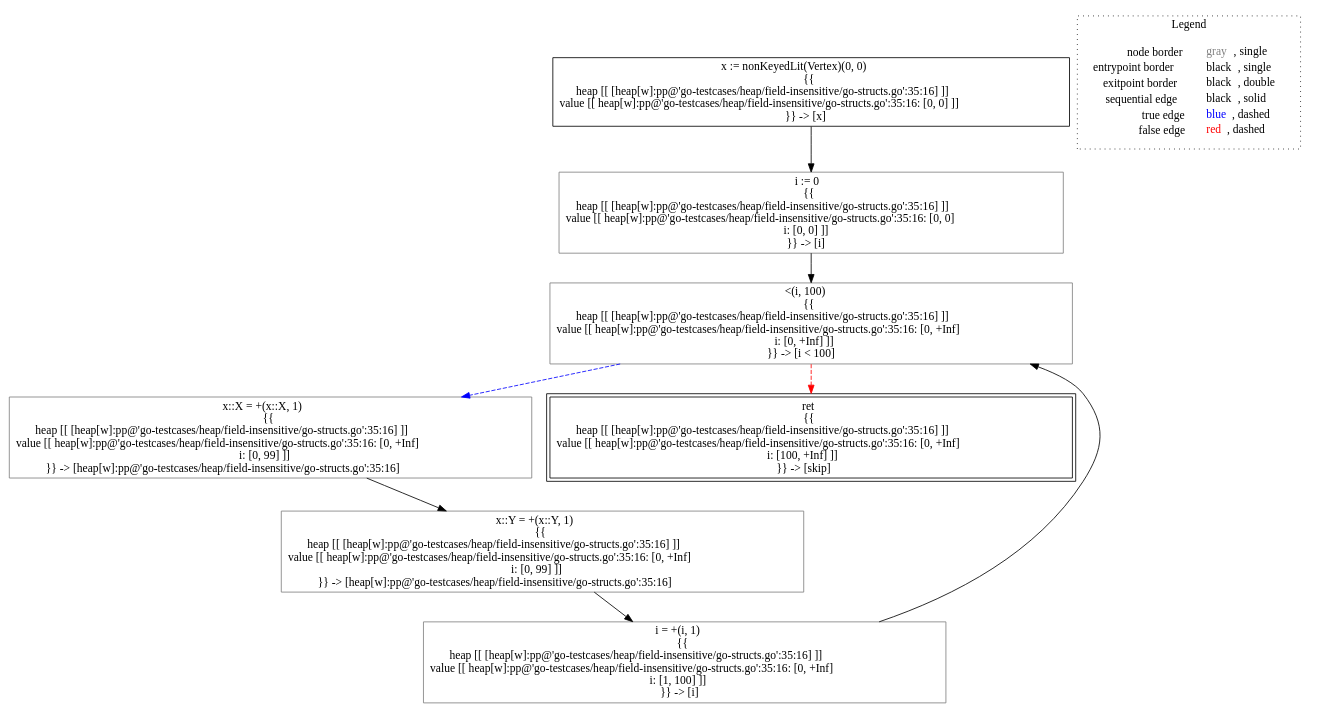
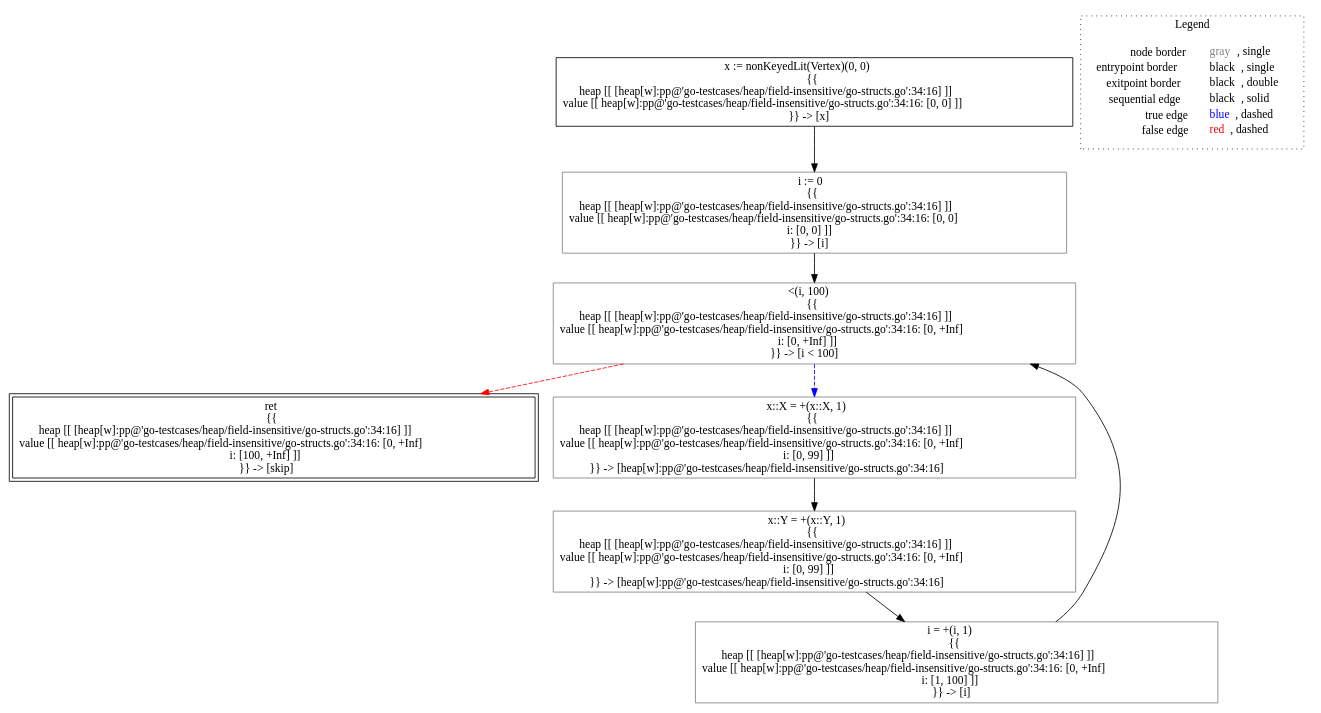
One commit to lisa-analyzer/go-lisa changed the diagram in go-lisa/go-testcases/heap/field-insensitive/analysis___untyped_~LiSAProgram.forAlloc().dot. Above: the diagram before and after it, drawn with Graphviz. The commit also changed 6 other files, not shown here.

```diff
--- a/go-lisa/go-testcases/heap/field-insensitive/analysis___untyped_~LiSAProgram.forAlloc().dot
+++ b/go-lisa/go-testcases/heap/field-insensitive/analysis___untyped_~LiSAProgram.forAlloc().dot
@@ -1,23 +1,23 @@
 digraph {
-	"node0" [shape="rect",color="black",label=<x := nonKeyedLit(Vertex)(0, 0)<BR/>{{<BR/>heap [[ [heap[w]:pp@'go-testcases/heap/field-insensitive/go-structs.go':35:16] ]]<BR/>value [[ heap[w]:pp@'go-testcases/heap/field-insensitive/go-structs.go':35:16: [0, 0] ]]<BR/>}} -&gt; [x]>];
-	"node1" [shape="rect",color="gray",label=<i := 0<BR/>{{<BR/>heap [[ [heap[w]:pp@'go-testcases/heap/field-insensitive/go-structs.go':35:16] ]]<BR/>value [[ heap[w]:pp@'go-testcases/heap/field-insensitive/go-structs.go':35:16: [0, 0]<BR/>i: [0, 0] ]]<BR/>}} -&gt; [i]>];
-	"node2" [shape="rect",color="gray",label=<x::Y = +(x::Y, 1)<BR/>{{<BR/>heap [[ [heap[w]:pp@'go-testcases/heap/field-insensitive/go-structs.go':35:16] ]]<BR/>value [[ heap[w]:pp@'go-testcases/heap/field-insensitive/go-structs.go':35:16: [0, +Inf]<BR/>i: [0, 99] ]]<BR/>}} -&gt; [heap[w]:pp@'go-testcases/heap/field-insensitive/go-structs.go':35:16]>];
-	"node3" [shape="rect",color="gray",label=<x::X = +(x::X, 1)<BR/>{{<BR/>heap [[ [heap[w]:pp@'go-testcases/heap/field-insensitive/go-structs.go':35:16] ]]<BR/>value [[ heap[w]:pp@'go-testcases/heap/field-insensitive/go-structs.go':35:16: [0, +Inf]<BR/>i: [0, 99] ]]<BR/>}} -&gt; [heap[w]:pp@'go-testcases/heap/field-insensitive/go-structs.go':35:16]>];
-	"node4" [shape="rect",color="gray",label=<&lt;(i, 100)<BR/>{{<BR/>heap [[ [heap[w]:pp@'go-testcases/heap/field-insensitive/go-structs.go':35:16] ]]<BR/>value [[ heap[w]:pp@'go-testcases/heap/field-insensitive/go-structs.go':35:16: [0, +Inf]<BR/>i: [0, +Inf] ]]<BR/>}} -&gt; [i &lt; 100]>];
-	"node5" [shape="rect",color="black",peripheries="2",label=<ret<BR/>{{<BR/>heap [[ [heap[w]:pp@'go-testcases/heap/field-insensitive/go-structs.go':35:16] ]]<BR/>value [[ heap[w]:pp@'go-testcases/heap/field-insensitive/go-structs.go':35:16: [0, +Inf]<BR/>i: [100, +Inf] ]]<BR/>}} -&gt; [skip]>];
-	"node6" [shape="rect",color="gray",label=<i = +(i, 1)<BR/>{{<BR/>heap [[ [heap[w]:pp@'go-testcases/heap/field-insensitive/go-structs.go':35:16] ]]<BR/>value [[ heap[w]:pp@'go-testcases/heap/field-insensitive/go-structs.go':35:16: [0, +Inf]<BR/>i: [1, 100] ]]<BR/>}} -&gt; [i]>];
-	"node1" -> "node4" [color="black"];
-	"node2" -> "node6" [color="black"];
-	"node0" -> "node1" [color="black"];
-	"node3" -> "node2" [color="black"];
-	"node4" -> "node3" [color="blue",style="dashed"];
-	"node4" -> "node5" [color="red",style="dashed"];
-	"node6" -> "node4" [color="black"];
+	"node0" [shape="rect",color="black",label=<x := nonKeyedLit(Vertex)(0, 0)<BR/>{{<BR/>heap [[ [heap[w]:pp@'go-testcases/heap/field-insensitive/go-structs.go':34:16] ]]<BR/>value [[ heap[w]:pp@'go-testcases/heap/field-insensitive/go-structs.go':34:16: [0, 0] ]]<BR/>}} -&gt; [x]>];
+	"node1" [shape="rect",color="gray",label=<&lt;(i, 100)<BR/>{{<BR/>heap [[ [heap[w]:pp@'go-testcases/heap/field-insensitive/go-structs.go':34:16] ]]<BR/>value [[ heap[w]:pp@'go-testcases/heap/field-insensitive/go-structs.go':34:16: [0, +Inf]<BR/>i: [0, +Inf] ]]<BR/>}} -&gt; [i &lt; 100]>];
+	"node2" [shape="rect",color="gray",label=<x::Y = +(x::Y, 1)<BR/>{{<BR/>heap [[ [heap[w]:pp@'go-testcases/heap/field-insensitive/go-structs.go':34:16] ]]<BR/>value [[ heap[w]:pp@'go-testcases/heap/field-insensitive/go-structs.go':34:16: [0, +Inf]<BR/>i: [0, 99] ]]<BR/>}} -&gt; [heap[w]:pp@'go-testcases/heap/field-insensitive/go-structs.go':34:16]>];
+	"node3" [shape="rect",color="gray",label=<i := 0<BR/>{{<BR/>heap [[ [heap[w]:pp@'go-testcases/heap/field-insensitive/go-structs.go':34:16] ]]<BR/>value [[ heap[w]:pp@'go-testcases/heap/field-insensitive/go-structs.go':34:16: [0, 0]<BR/>i: [0, 0] ]]<BR/>}} -&gt; [i]>];
+	"node4" [shape="rect",color="black",peripheries="2",label=<ret<BR/>{{<BR/>heap [[ [heap[w]:pp@'go-testcases/heap/field-insensitive/go-structs.go':34:16] ]]<BR/>value [[ heap[w]:pp@'go-testcases/heap/field-insensitive/go-structs.go':34:16: [0, +Inf]<BR/>i: [100, +Inf] ]]<BR/>}} -&gt; [skip]>];
+	"node5" [shape="rect",color="gray",label=<i = +(i, 1)<BR/>{{<BR/>heap [[ [heap[w]:pp@'go-testcases/heap/field-insensitive/go-structs.go':34:16] ]]<BR/>value [[ heap[w]:pp@'go-testcases/heap/field-insensitive/go-structs.go':34:16: [0, +Inf]<BR/>i: [1, 100] ]]<BR/>}} -&gt; [i]>];
+	"node6" [shape="rect",color="gray",label=<x::X = +(x::X, 1)<BR/>{{<BR/>heap [[ [heap[w]:pp@'go-testcases/heap/field-insensitive/go-structs.go':34:16] ]]<BR/>value [[ heap[w]:pp@'go-testcases/heap/field-insensitive/go-structs.go':34:16: [0, +Inf]<BR/>i: [0, 99] ]]<BR/>}} -&gt; [heap[w]:pp@'go-testcases/heap/field-insensitive/go-structs.go':34:16]>];
+	"node0" -> "node3" [color="black"];
+	"node1" -> "node4" [color="red",style="dashed"];
+	"node1" -> "node6" [color="blue",style="dashed"];
+	"node2" -> "node5" [color="black"];
+	"node3" -> "node1" [color="black"];
+	"node5" -> "node1" [color="black"];
+	"node6" -> "node2" [color="black"];
 subgraph cluster_legend {
 	label="Legend";
 	style=dotted;
 	node [shape=plaintext];
 	"legend" [label=<<table border="0" cellpadding="2" cellspacing="0" cellborder="0"><tr><td align="right">node border&nbsp;</td><td align="left"><font color="gray">gray</font>, single</td></tr><tr><td align="right">entrypoint border&nbsp;</td><td align="left"><font color="black">black</font>, single</td></tr><tr><td align="right">exitpoint border&nbsp;</td><td align="left"><font color="black">black</font>, double</td></tr><tr><td align="right">sequential edge&nbsp;</td><td align="left"><font color="black">black</font>, solid</td></tr><tr><td align="right">true edge&nbsp;</td><td align="left"><font color="blue">blue</font>, dashed</td></tr><tr><td align="right">false edge&nbsp;</td><td align="left"><font color="red">red</font>, dashed</td></tr></table>>];
 }
 
 }
```
